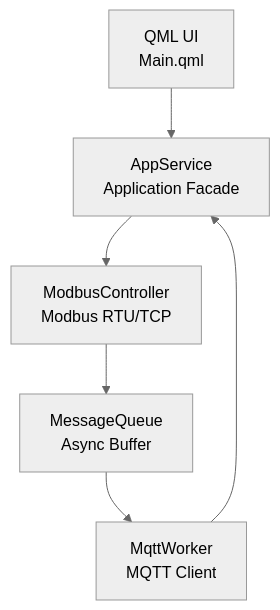
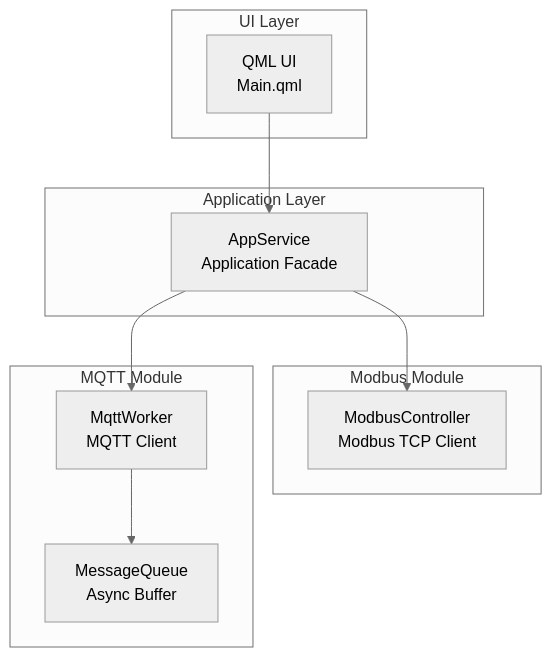
One commit to ArkadzK/IOT_Gateway_for_training changed the diagram in README.md. Above: the diagram before and after it, drawn with Mermaid (neutral theme). The commit also changed other lines of this file, not shown here.

Commit message:
Revise README for improved feature and architecture details

````diff
--- a/README.md
+++ b/README.md
@@ -34,18 +36,32 @@
 ```mermaid
 flowchart TD
-    UI[QML UI<br/>Main.qml]
 
-    AppService[AppService<br/>Application Facade]
+    %% --- UI Layer ---
+    subgraph UI_Layer[UI Layer]
+        UI[QML UI<br/>Main.qml]
+    end
 
-    Modbus[ModbusController<br/>Modbus RTU/TCP]
-    MQ[MessageQueue<br/>Async Buffer]
-    MQTT[MqttWorker<br/>MQTT Client]
+    %% --- Application Layer ---
+    subgraph App_Layer[Application Layer]
+        AppService[AppService<br/>Application Facade]
+    end
 
+    %% --- Modbus Module ---
+    subgraph Modbus_Module[Modbus Module]
+        Modbus[ModbusController<br/>Modbus TCP Client]
+    end
+
+    %% --- MQTT Module ---
+    subgraph MQTT_Module[MQTT Module]
+        MQTT[MqttWorker<br/>MQTT Client]
+        MQ[MessageQueue<br/>Async Buffer]
+    end
+
+    %% --- Connections ---
     UI --> AppService
+
     AppService --> Modbus
+    AppService --> MQTT
 
-    Modbus --> MQ
-    MQ --> MQTT
-
-    MQTT --> AppService
+    MQTT --> MQ
 ```
````
